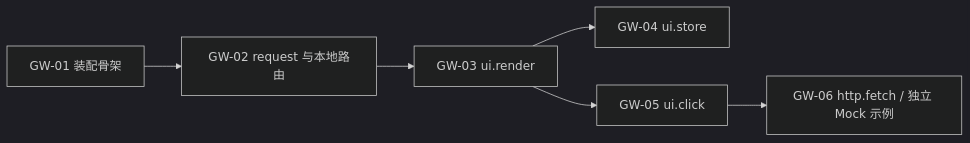
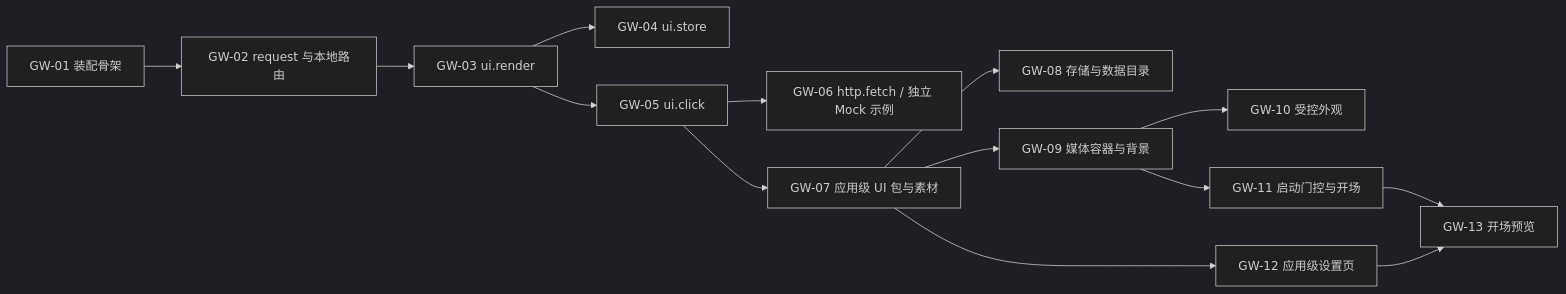
One commit to openJiuwen-ai/jiuwenswarm changed the diagram in jiuwenswarm/gateway/extensions_v2/docs/designs/extensions-v2-development-plan.md. Above: the diagram before and after it, drawn with Mermaid (dark theme). The commit also changed other lines of this file and 159 other files, not shown here.

````diff
--- a/jiuwenswarm/gateway/extensions_v2/docs/designs/extensions-v2-development-plan.md
+++ b/jiuwenswarm/gateway/extensions_v2/docs/designs/extensions-v2-development-plan.md
@@ -32,8 +40,16 @@
 ```mermaid
 flowchart LR
     G1["GW-01 装配骨架"] --> G2["GW-02 request 与本地路由"]
     G2 --> G3["GW-03 ui.render"]
     G3 --> G4["GW-04 ui.store"]
     G3 --> G5["GW-05 ui.click"]
     G5 --> G6["GW-06 http.fetch / 独立 Mock 示例"]
+    G5 --> G7["GW-07 应用级 UI 包与素材"]
+    G7 --> G8["GW-08 存储与数据目录"]
+    G7 --> G9["GW-09 媒体容器与背景"]
+    G9 --> G10["GW-10 受控外观"]
+    G9 --> G11["GW-11 启动门控与开场"]
+    G7 --> G12["GW-12 应用级设置页"]
+    G11 --> G13["GW-13 开场预览"]
+    G12 --> G13
 ```
````
